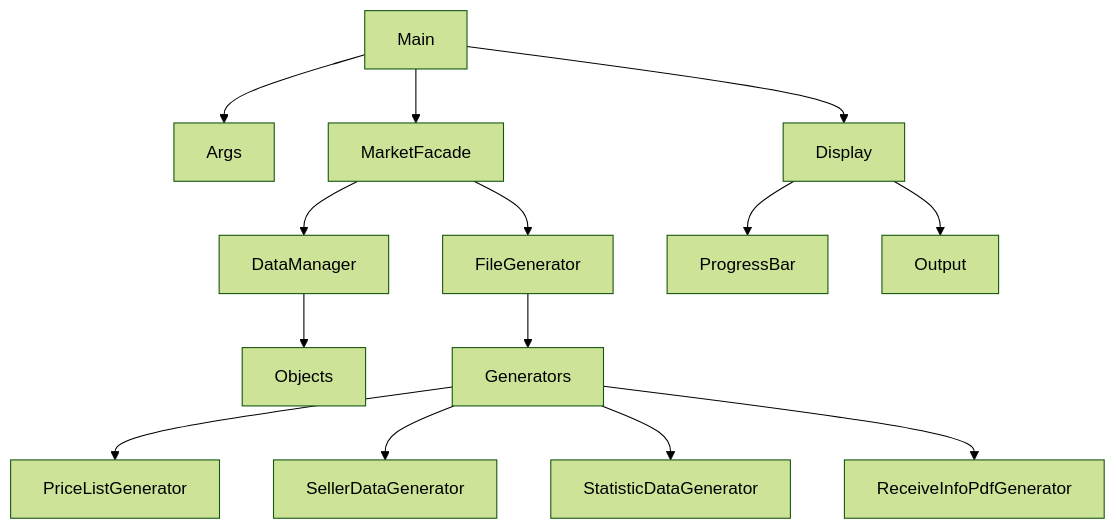
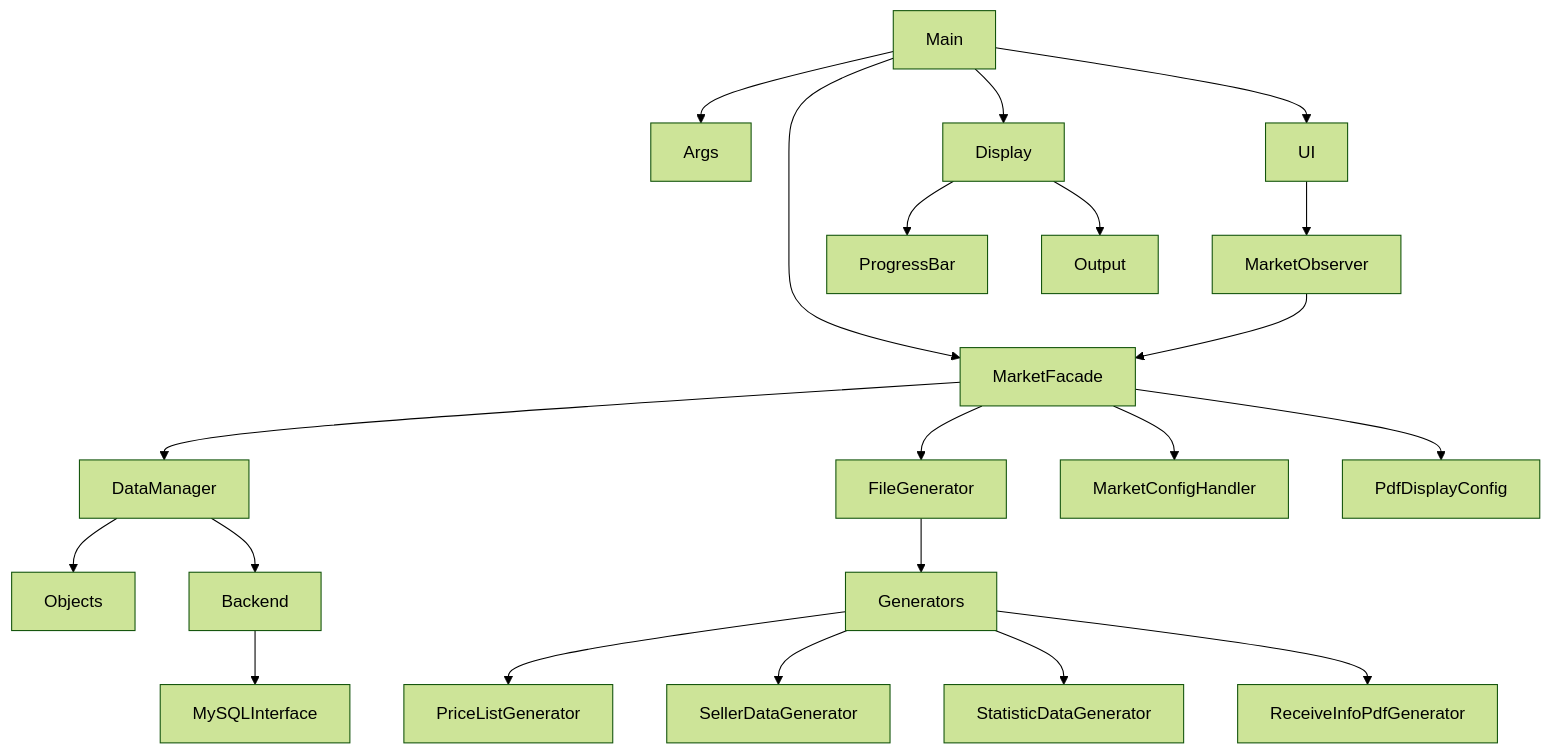
The diagram in architecture/dependency_diagram.md (CodeName-666/VDataParser), drawn with Mermaid (forest theme) before and after one commit. The commit also changed other lines of this file and 3 other files, not shown here.

Commit message:
feat(docs): expand architecture diagrams

````diff
--- a/architecture/dependency_diagram.md
+++ b/architecture/dependency_diagram.md
@@ -3,16 +8,23 @@
 ```mermaid
 graph TD
     Main --> Args
     Main --> MarketFacade
+    Main --> UI
+    UI --> MarketObserver
+    MarketObserver --> MarketFacade
     MarketFacade --> DataManager
     MarketFacade --> FileGenerator
+    MarketFacade --> MarketConfigHandler
+    MarketFacade --> PdfDisplayConfig
     DataManager --> Objects
+    DataManager --> Backend
+    Backend --> MySQLInterface
     FileGenerator --> Generators
     Generators --> PriceListGenerator
     Generators --> SellerDataGenerator
     Generators --> StatisticDataGenerator
     Generators --> ReceiveInfoPdfGenerator
     Main --> Display
     Display --> ProgressBar
     Display --> Output
 ```
````
